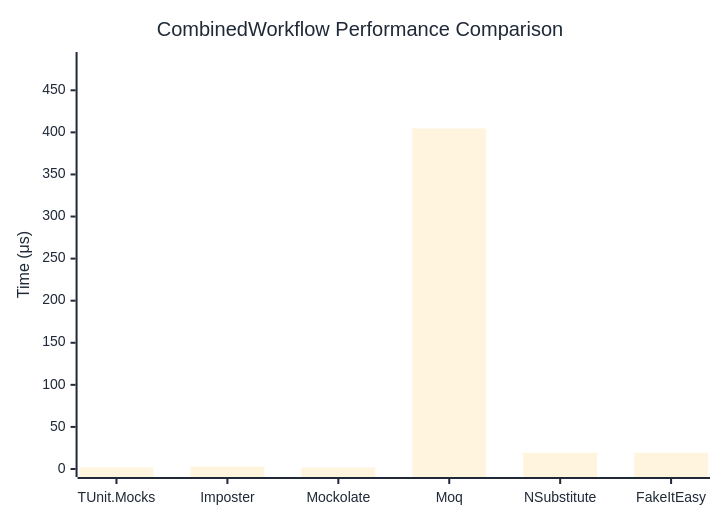
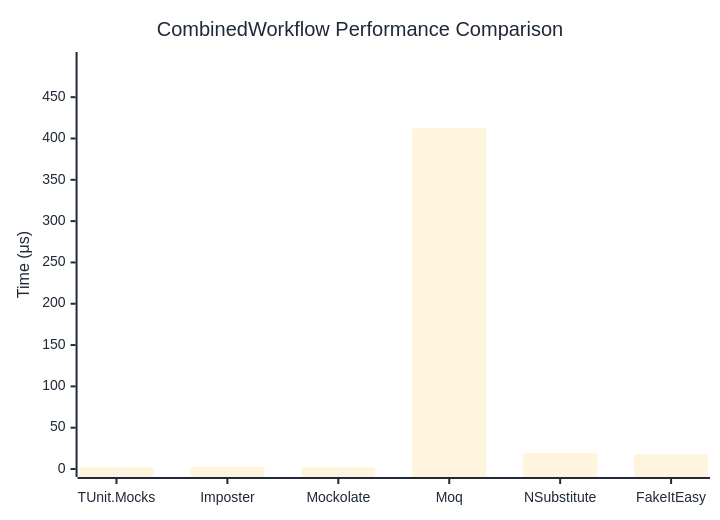
Before and after one commit to thomhurst/TUnit: the diagram in docs/docs/benchmarks/mocks/CombinedWorkflow.md, drawn with Mermaid. The commit also changed other lines of this file and 14 other files, not shown here.

````diff
--- a/docs/docs/benchmarks/mocks/CombinedWorkflow.md
+++ b/docs/docs/benchmarks/mocks/CombinedWorkflow.md
@@ -30,27 +30,27 @@
 ```mermaid
 %%{init: {
   'theme':'base',
   'themeVariables': {
     'primaryColor': '#2563eb',
     'primaryTextColor': '#1f2937',
     'primaryBorderColor': '#1e40af',
     'lineColor': '#6b7280',
     'secondaryColor': '#7c3aed',
     'tertiaryColor': '#dc2626',
     'background': '#ffffff',
     'pie1': '#2563eb',
     'pie2': '#7c3aed',
     'pie3': '#dc2626',
     'pie4': '#f59e0b',
     'pie5': '#10b981',
     'pie6': '#06b6d4',
     'pie7': '#ec4899',
     'pie8': '#6366f1'
   }
 }}%%
 xychart-beta
   title "CombinedWorkflow Performance Comparison"
   x-axis ["TUnit.Mocks", "Imposter", "Mockolate", "Moq", "NSubstitute", "FakeItEasy"]
-  y-axis "Time (μs)" 0 --> 486
-  bar [1.89, 2.892, 1.68, 404.656, 19.26, 19.347]
+  y-axis "Time (μs)" 0 --> 495
+  bar [1.81, 2.67, 1.828, 412.277, 19.485, 17.841]
 ```
````
